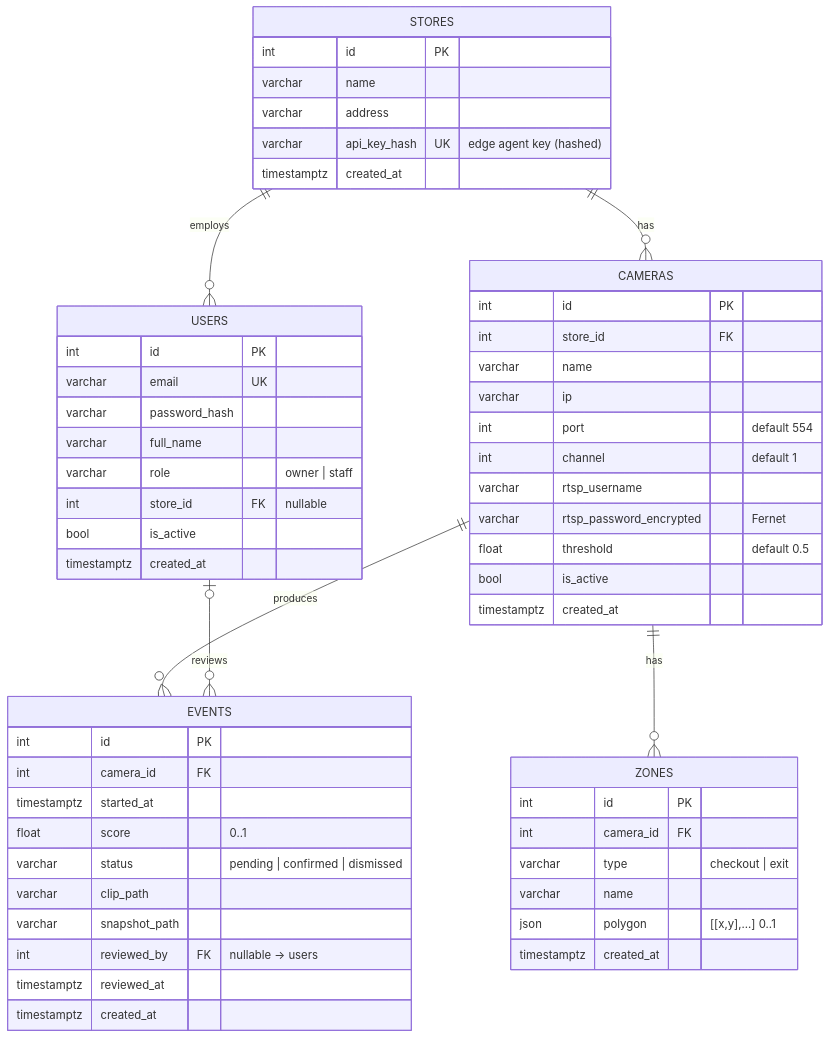
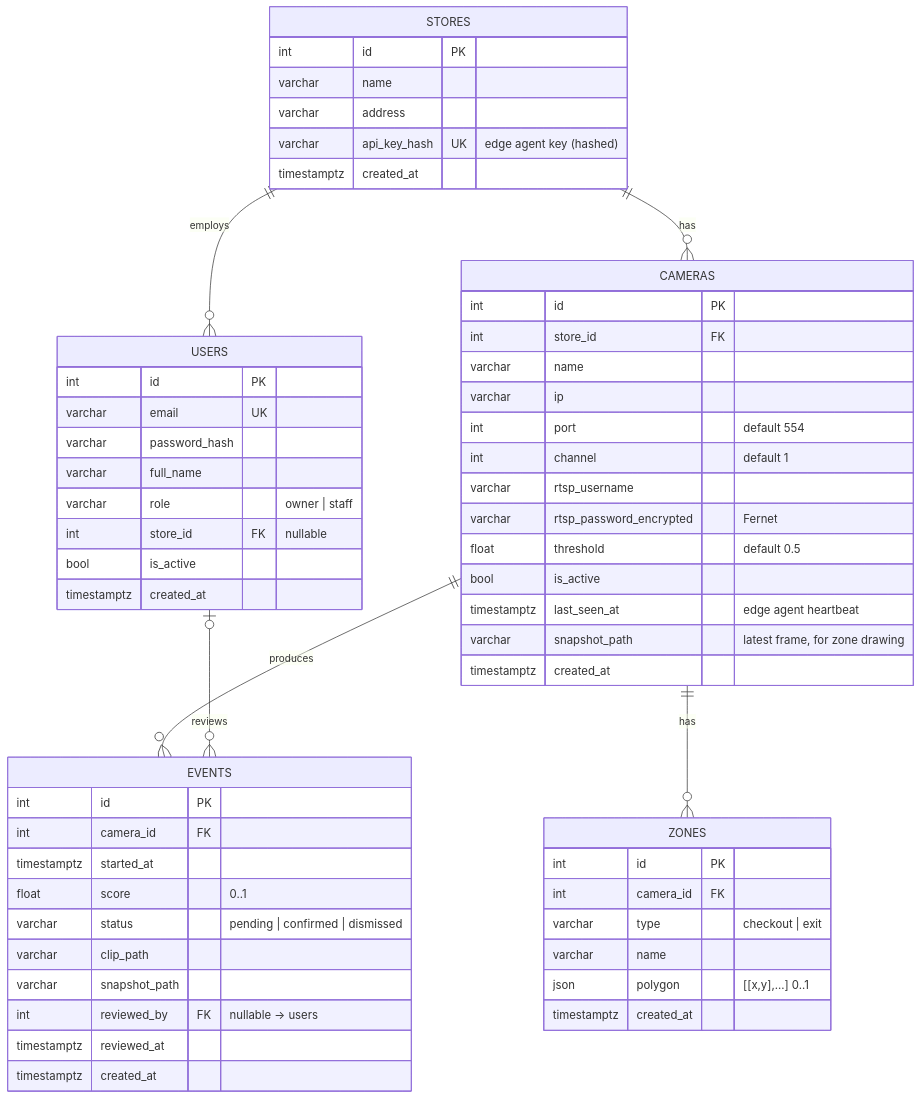
One commit to ShohruhMamatov/Software-Project-Management changed the diagram in docs/db-schema.md. Above: the diagram before and after it, drawn with Mermaid. The commit also changed other lines of this file and 24 other files, not shown here.

````diff
--- a/docs/db-schema.md
+++ b/docs/db-schema.md
@@ -8,59 +8,61 @@
 ```mermaid
 erDiagram
     STORES ||--o{ USERS : "employs"
     STORES ||--o{ CAMERAS : "has"
     CAMERAS ||--o{ ZONES : "has"
     CAMERAS ||--o{ EVENTS : "produces"
     USERS |o--o{ EVENTS : "reviews"
 
     STORES {
         int id PK
         varchar name
         varchar address
         varchar api_key_hash UK "edge agent key (hashed)"
         timestamptz created_at
     }
     USERS {
         int id PK
         varchar email UK
         varchar password_hash
         varchar full_name
         varchar role "owner | staff"
         int store_id FK "nullable"
         bool is_active
         timestamptz created_at
     }
     CAMERAS {
         int id PK
         int store_id FK
         varchar name
         varchar ip
         int port "default 554"
         int channel "default 1"
         varchar rtsp_username
         varchar rtsp_password_encrypted "Fernet"
         float threshold "default 0.5"
         bool is_active
+        timestamptz last_seen_at "edge agent heartbeat"
+        varchar snapshot_path "latest frame, for zone drawing"
         timestamptz created_at
     }
     ZONES {
         int id PK
         int camera_id FK
         varchar type "checkout | exit"
         varchar name
         json polygon "[[x,y],...] 0..1"
         timestamptz created_at
     }
     EVENTS {
         int id PK
         int camera_id FK
         timestamptz started_at
         float score "0..1"
         varchar status "pending | confirmed | dismissed"
         varchar clip_path
         varchar snapshot_path
         int reviewed_by FK "nullable -> users"
         timestamptz reviewed_at
         timestamptz created_at
     }
 ```
````
